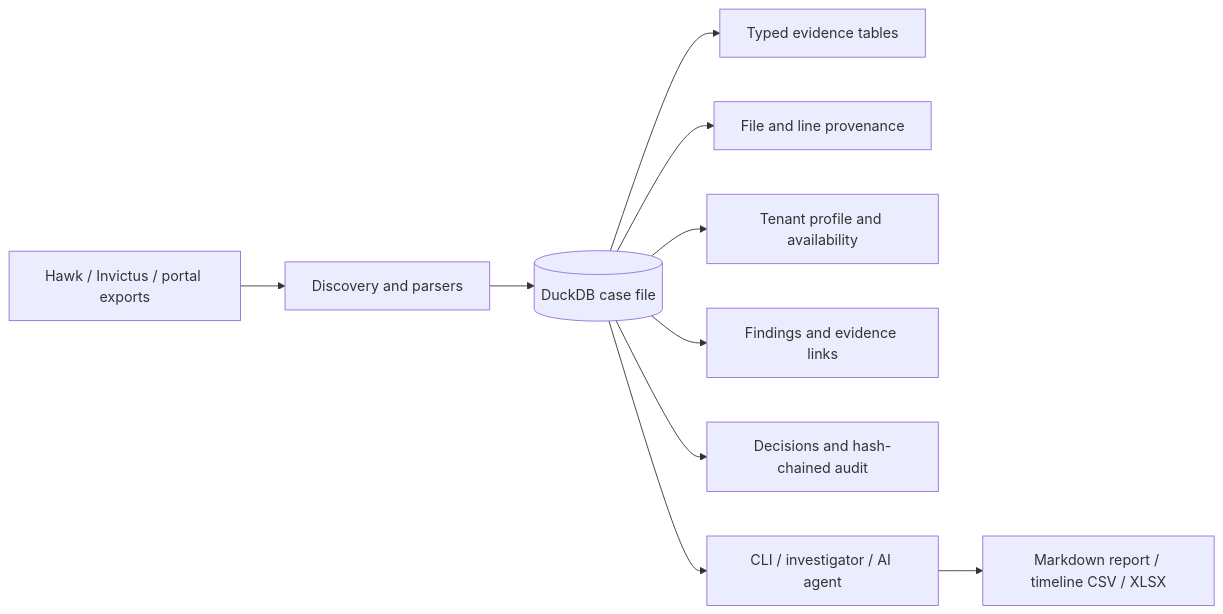
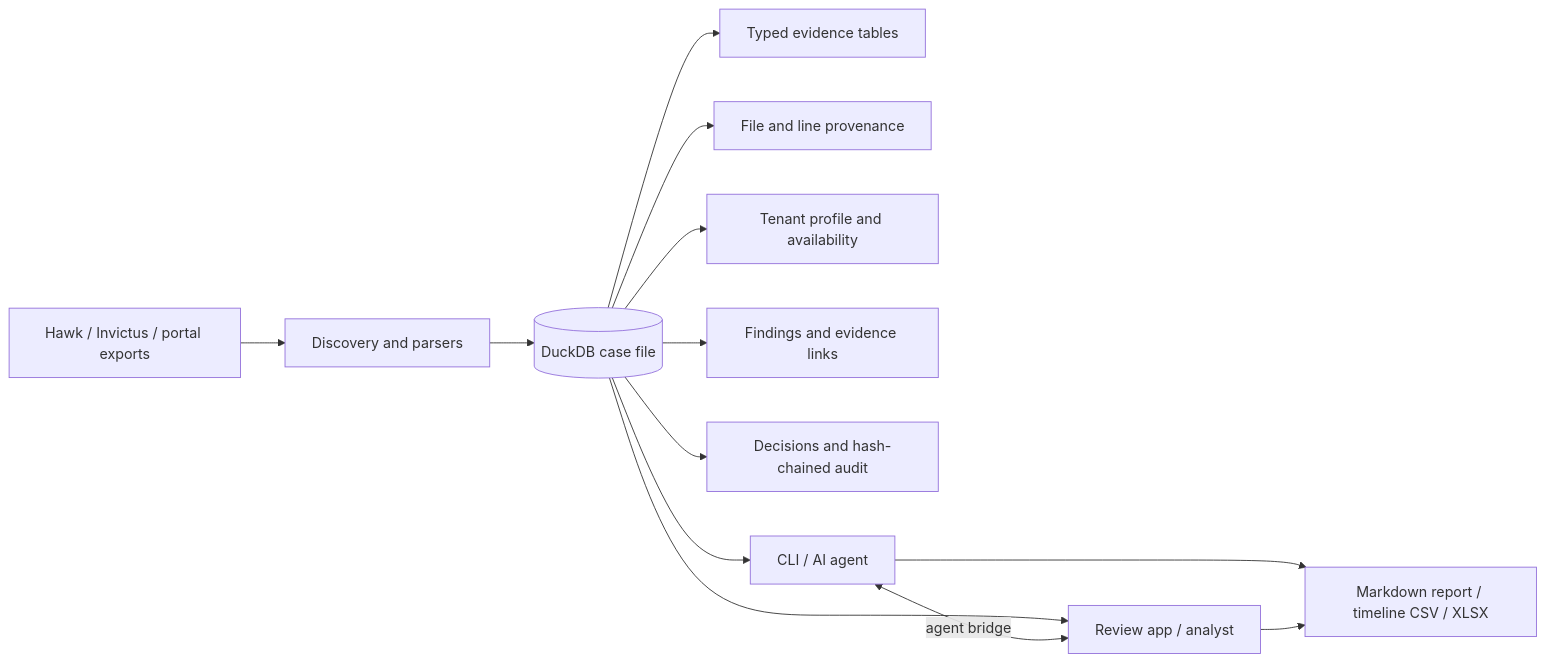
One commit to darkoperator/Sparrow changed the first of 2 diagrams in README.md. Above: the diagram before and after it, drawn with Mermaid. The commit also changed other lines of this file and 6 other files, not shown here.

First line of the commit message:
docs: the review app, recent commands and notebooks in the README

````diff
--- a/README.md
+++ b/README.md
@@ -9,12 +9,15 @@
 ```mermaid
 flowchart LR
     A[Hawk / Invictus / portal exports] --> B[Discovery and parsers]
     B --> C[(DuckDB case file)]
     C --> E[Typed evidence tables]
     C --> P[File and line provenance]
     C --> T[Tenant profile and availability]
     C --> F[Findings and evidence links]
     C --> U[Decisions and hash-chained audit]
-    C --> D[CLI / investigator / AI agent]
+    C --> D[CLI / AI agent]
+    C --> R[Review app / analyst]
+    D <-->|agent bridge| R
     D --> X[Markdown report / timeline CSV / XLSX]
+    R --> X
 ```
````
